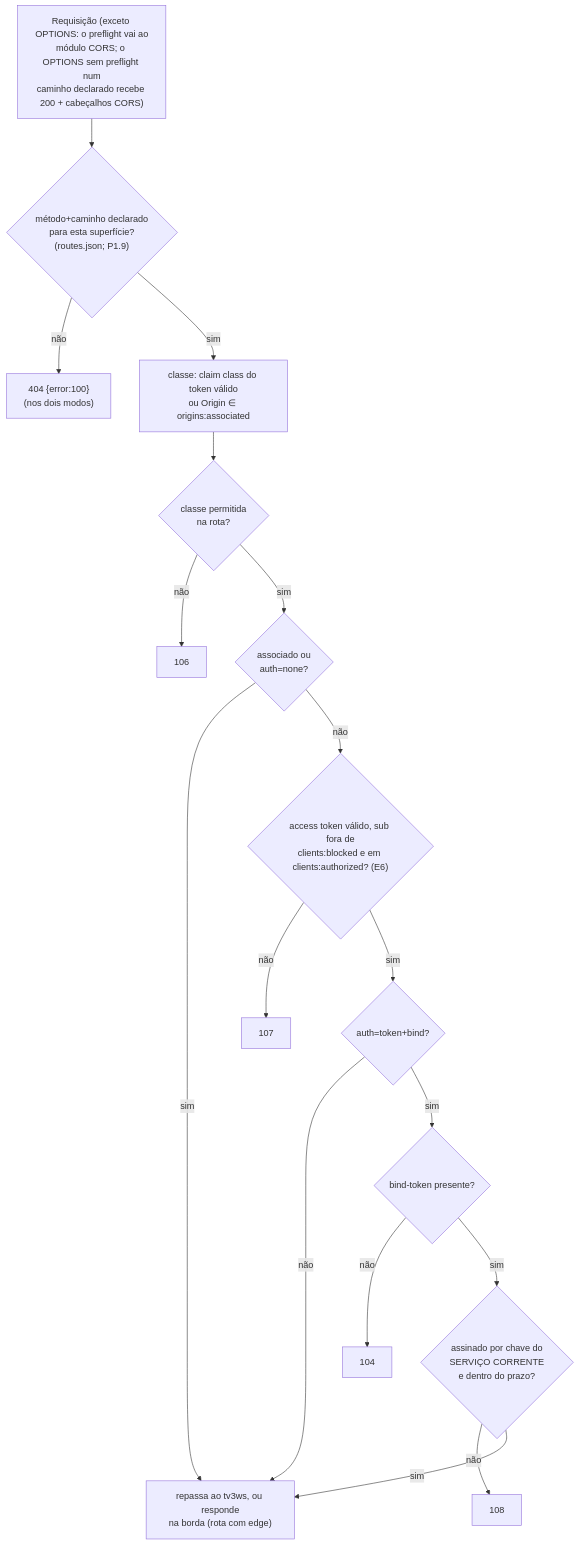
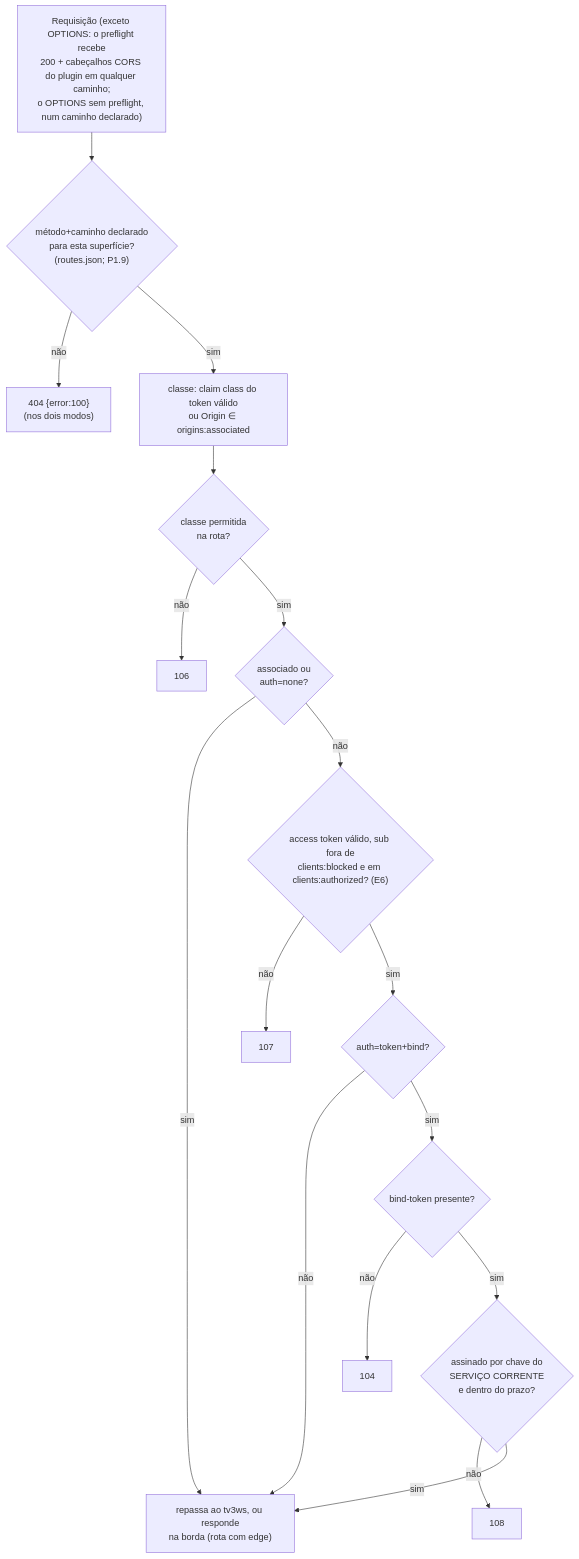
The second of 3 diagrams in docs/05-autenticacao.md (multisens/Infra), drawn with Mermaid before and after one commit. The commit also changed other lines of this file and 9 other files, not shown here.

Commit message:
feat: CORS todo no plugin da borda (opcao b, decisao do Luis em 12/10) e 2 s mantidos

````diff
--- a/docs/05-autenticacao.md
+++ b/docs/05-autenticacao.md
@@ -116,19 +116,19 @@
 ```mermaid
 flowchart TD
-    R["Requisição (exceto OPTIONS: o preflight vai ao<br/>módulo CORS; o OPTIONS sem preflight num<br/>caminho declarado recebe 200 + cabeçalhos CORS)"] --> M{"método+caminho declarado<br/>para esta superfície?<br/>(routes.json; P1.9)"}
+    R["Requisição (exceto OPTIONS: o preflight recebe<br/>200 + cabeçalhos CORS do plugin em qualquer caminho;<br/>o OPTIONS sem preflight, num caminho declarado)"] --> M{"método+caminho declarado<br/>para esta superfície?<br/>(routes.json; P1.9)"}
     M -->|não| E100["404 {error:100}<br/>(nos dois modos)"]
     M -->|sim| CL["classe: claim class do token válido<br/>ou Origin ∈ origins:associated"]
     CL --> K{"classe permitida<br/>na rota?"}
     K -->|não| E106["106"]
     K -->|sim| A{"associado ou<br/>auth=none?"}
     A -->|sim| OK["repassa ao tv3ws, ou responde<br/>na borda (rota com edge)"]
     A -->|não| T{"access token válido, sub fora de<br/>clients:blocked e em clients:authorized? (E6)"}
     T -->|não| E107["107"]
     T -->|sim| B{"auth=token+bind?"}
     B -->|não| OK
     B -->|sim| BT{"bind-token presente?"}
     BT -->|não| E104["104"]
     BT -->|sim| BV{"assinado por chave do<br/>SERVIÇO CORRENTE<br/>e dentro do prazo?"}
     BV -->|não| E108["108"]
     BV -->|sim| OK
 ```
````
